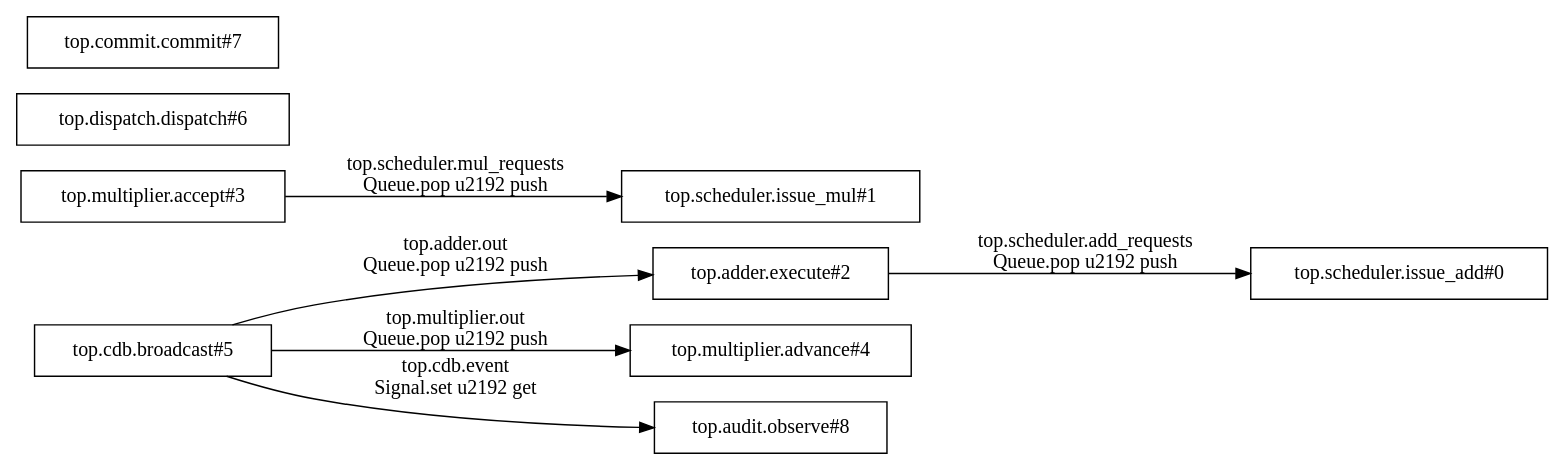
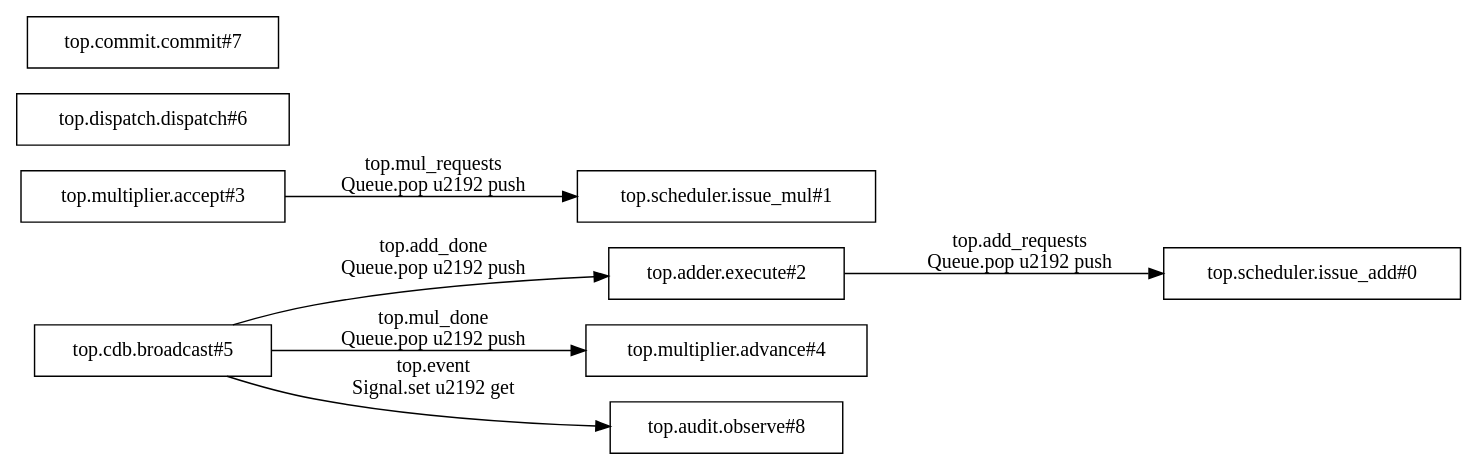
The diagram in pycircuit/builds/ooo_scheduler/rule-graph.dot (PTO-ISA/pyCircuit), drawn with Graphviz before and after one commit. The commit also changed 64 other files, not shown here.

```diff
--- a/pycircuit/builds/ooo_scheduler/rule-graph.dot
+++ b/pycircuit/builds/ooo_scheduler/rule-graph.dot
@@ -1,18 +1,18 @@
 digraph Transactions {
   rankdir=LR;
   node [shape=box];
   t0 [label="top.scheduler.issue_add#0"];
   t1 [label="top.scheduler.issue_mul#1"];
   t2 [label="top.adder.execute#2"];
   t3 [label="top.multiplier.accept#3"];
   t4 [label="top.multiplier.advance#4"];
   t5 [label="top.cdb.broadcast#5"];
   t6 [label="top.dispatch.dispatch#6"];
   t7 [label="top.commit.commit#7"];
   t8 [label="top.audit.observe#8"];
-  t5 -> t2 [label="top.adder.out\nQueue.pop \u2192 push"];
-  t5 -> t8 [label="top.cdb.event\nSignal.set \u2192 get"];
-  t5 -> t4 [label="top.multiplier.out\nQueue.pop \u2192 push"];
-  t2 -> t0 [label="top.scheduler.add_requests\nQueue.pop \u2192 push"];
-  t3 -> t1 [label="top.scheduler.mul_requests\nQueue.pop \u2192 push"];
+  t5 -> t2 [label="top.add_done\nQueue.pop \u2192 push"];
+  t2 -> t0 [label="top.add_requests\nQueue.pop \u2192 push"];
+  t5 -> t8 [label="top.event\nSignal.set \u2192 get"];
+  t5 -> t4 [label="top.mul_done\nQueue.pop \u2192 push"];
+  t3 -> t1 [label="top.mul_requests\nQueue.pop \u2192 push"];
 }
```
